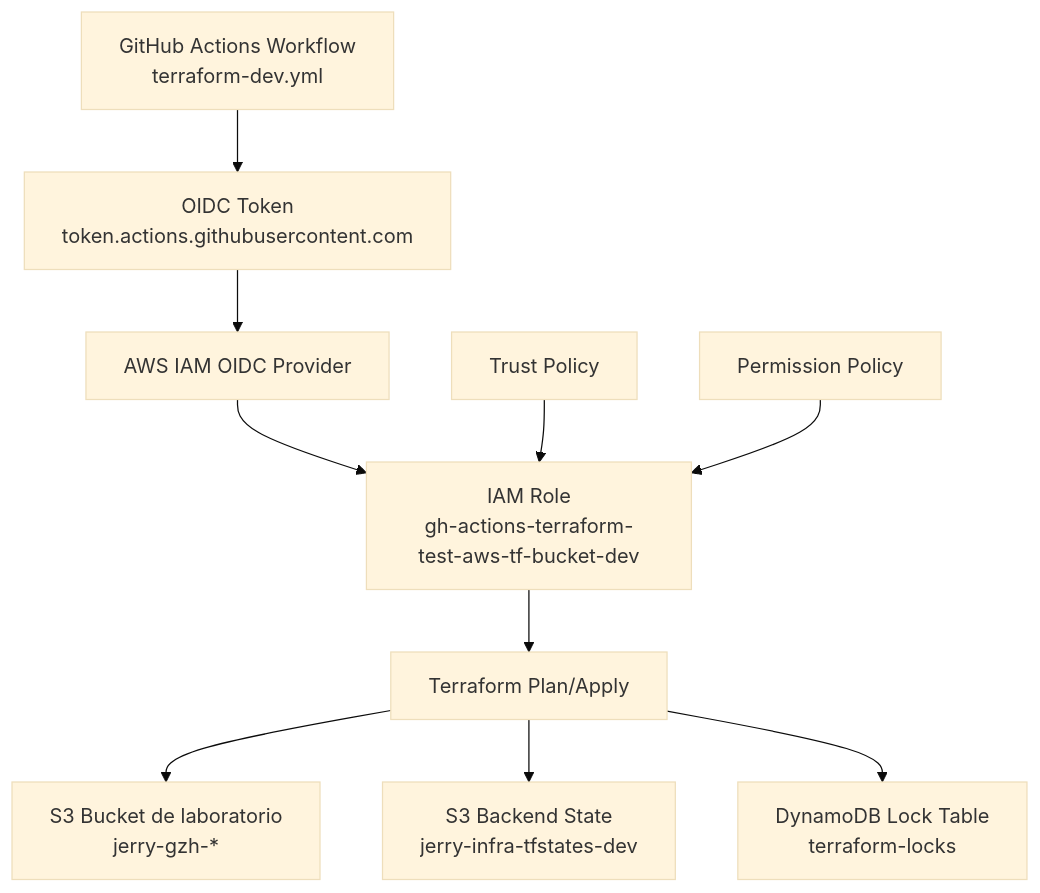
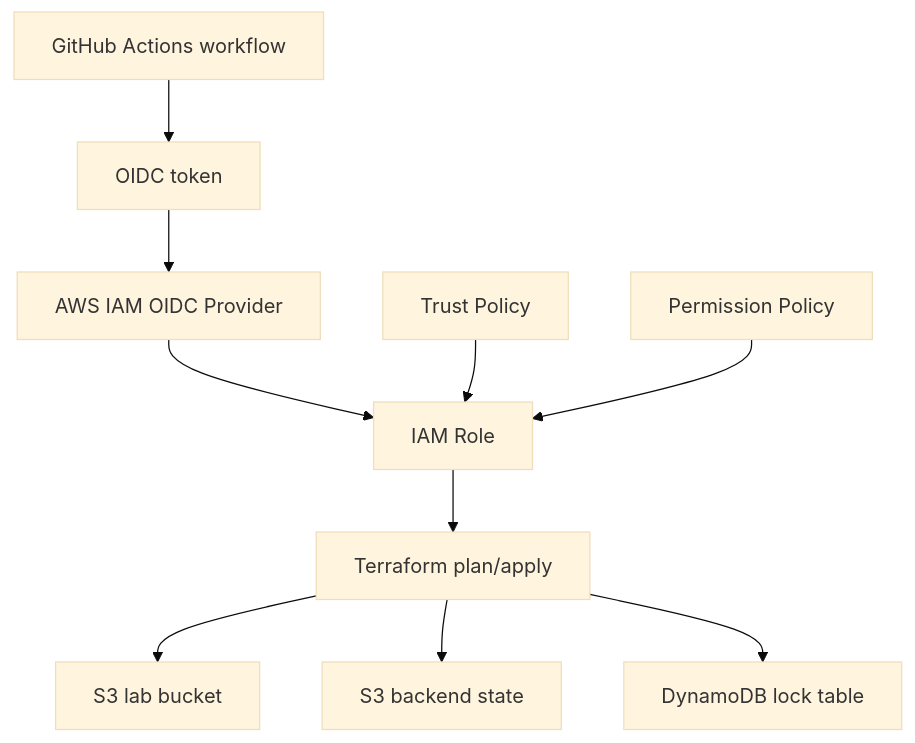
The second of 2 diagrams in README.md (jerry-gzh/test-aws-tf-bucket-), drawn with Mermaid (base theme) before and after one commit. The commit also changed other lines of this file, not shown here.

````diff
--- a/README.md
+++ b/README.md
@@ -153,12 +146,12 @@
 ```mermaid
 flowchart TD
-    A[GitHub Actions Workflow<br/>terraform-dev.yml] --> B[OIDC Token<br/>token.actions.githubusercontent.com]
+    A[GitHub Actions workflow] --> B[OIDC token]
     B --> C[AWS IAM OIDC Provider]
-    C --> D[IAM Role<br/>gh-actions-terraform-test-aws-tf-bucket-dev]
+    C --> D[IAM Role]
     E[Trust Policy] --> D
     F[Permission Policy] --> D
-    D --> G[Terraform Plan/Apply]
-    G --> H[S3 Bucket de laboratorio<br/>jerry-gzh-*]
-    G --> I[S3 Backend State<br/>jerry-infra-tfstates-dev]
-    G --> J[DynamoDB Lock Table<br/>terraform-locks]
+    D --> G[Terraform plan/apply]
+    G --> H[S3 lab bucket]
+    G --> I[S3 backend state]
+    G --> J[DynamoDB lock table]
 ```
````
